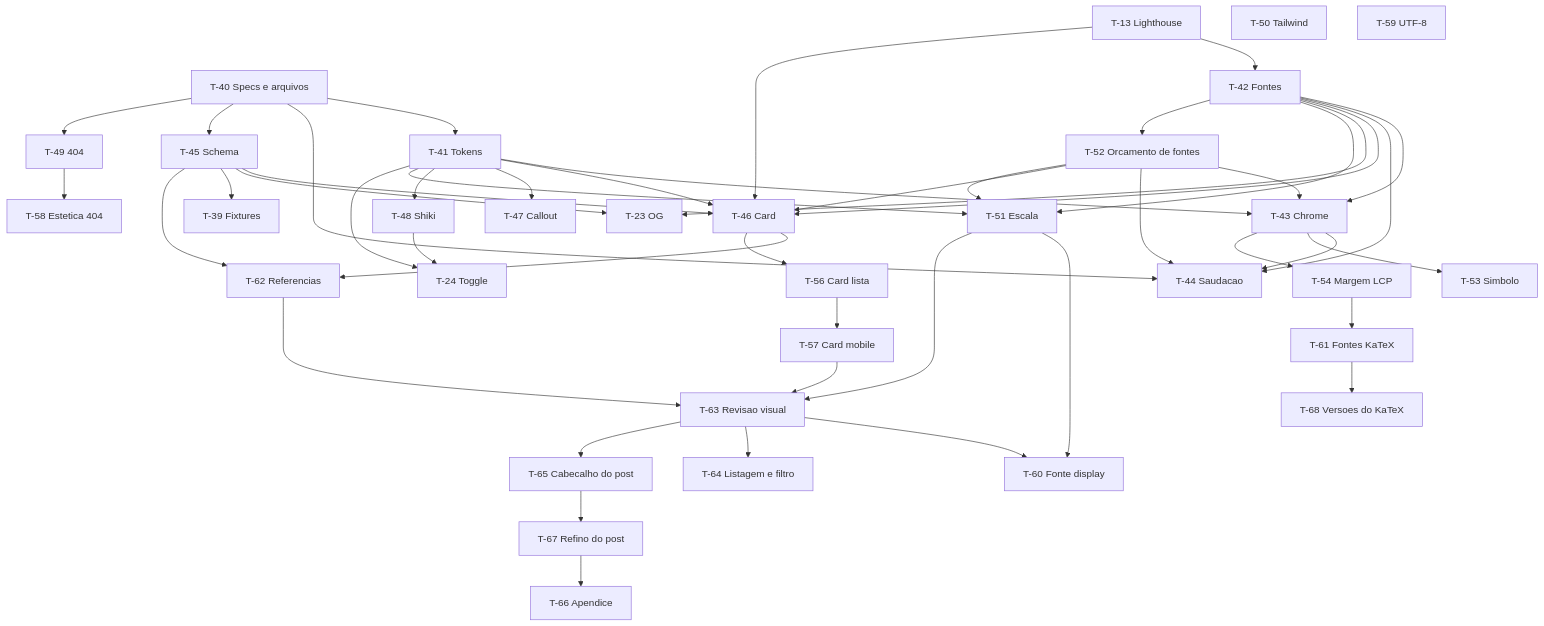
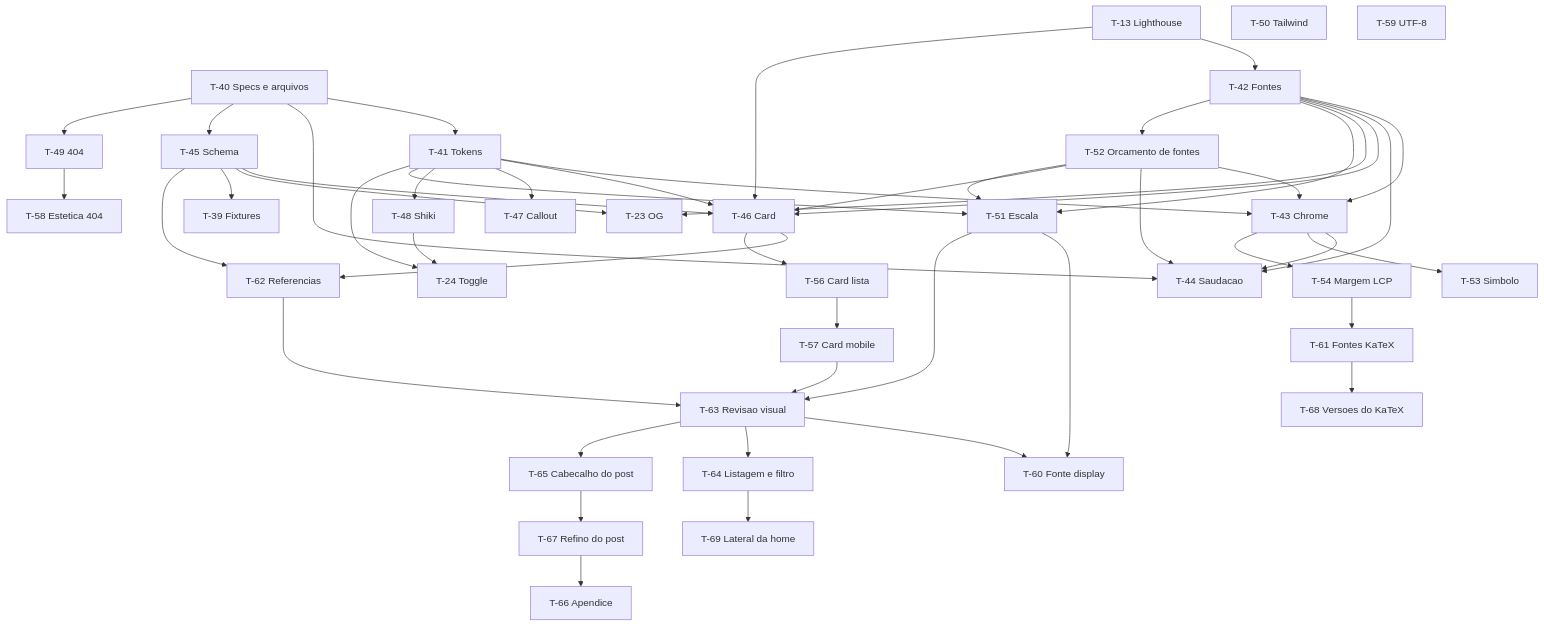
The second of 2 diagrams in specs/ROADMAP.md (Pedroknoll/blog_pedro-knoll), drawn with Mermaid before and after one commit. The commit also changed other lines of this file, not shown here.

Commit message:
docs: registra a T-69, lateral da home [RF-01] (#49)

````diff
--- a/specs/ROADMAP.md
+++ b/specs/ROADMAP.md
@@ -86,80 +86,82 @@
 ```mermaid
 flowchart TD
   T40[T-40 Specs e arquivos]
   T41[T-41 Tokens]
   T13[T-13 Lighthouse]
   T42[T-42 Fontes]
   T51[T-51 Escala]
   T52[T-52 Orcamento de fontes]
   T43[T-43 Chrome]
   T44[T-44 Saudacao]
   T45[T-45 Schema]
   T46[T-46 Card]
   T47[T-47 Callout]
   T48[T-48 Shiki]
   T49[T-49 404]
   T50[T-50 Tailwind]
   T23[T-23 OG]
   T24[T-24 Toggle]
   T39[T-39 Fixtures]
   T53[T-53 Simbolo]
   T54[T-54 Margem LCP]
   T62[T-62 Referencias]
   T56[T-56 Card lista]
   T57[T-57 Card mobile]
   T58[T-58 Estetica 404]
   T59[T-59 UTF-8]
   T60[T-60 Fonte display]
   T61[T-61 Fontes KaTeX]
   T63[T-63 Revisao visual]
   T64[T-64 Listagem e filtro]
   T65[T-65 Cabecalho do post]
   T66[T-66 Apendice]
   T67[T-67 Refino do post]
   T68[T-68 Versoes do KaTeX]
+  T69[T-69 Lateral da home]
   T40 --> T41
   T40 --> T44
   T40 --> T45
   T40 --> T49
   T13 --> T42
   T41 --> T43
   T42 --> T43
   T43 --> T44
   T42 --> T44
   T13 --> T46
   T41 --> T46
   T42 --> T46
   T45 --> T46
   T41 --> T47
   T41 --> T48
   T45 --> T23
   T42 --> T23
   T42 --> T51
   T41 --> T51
   T42 --> T52
   T52 --> T43
   T52 --> T44
   T52 --> T46
   T52 --> T51
   T45 --> T39
   T41 --> T24
   T48 --> T24
   T43 --> T53
   T43 --> T54
   T45 --> T62
   T46 --> T62
   T46 --> T56
   T56 --> T57
   T49 --> T58
   T51 --> T60
   T54 --> T61
   T51 --> T63
   T57 --> T63
   T62 --> T63
   T63 --> T60
   T63 --> T64
   T63 --> T65
   T65 --> T67
   T67 --> T66
   T61 --> T68
+  T64 --> T69
 ```
````
